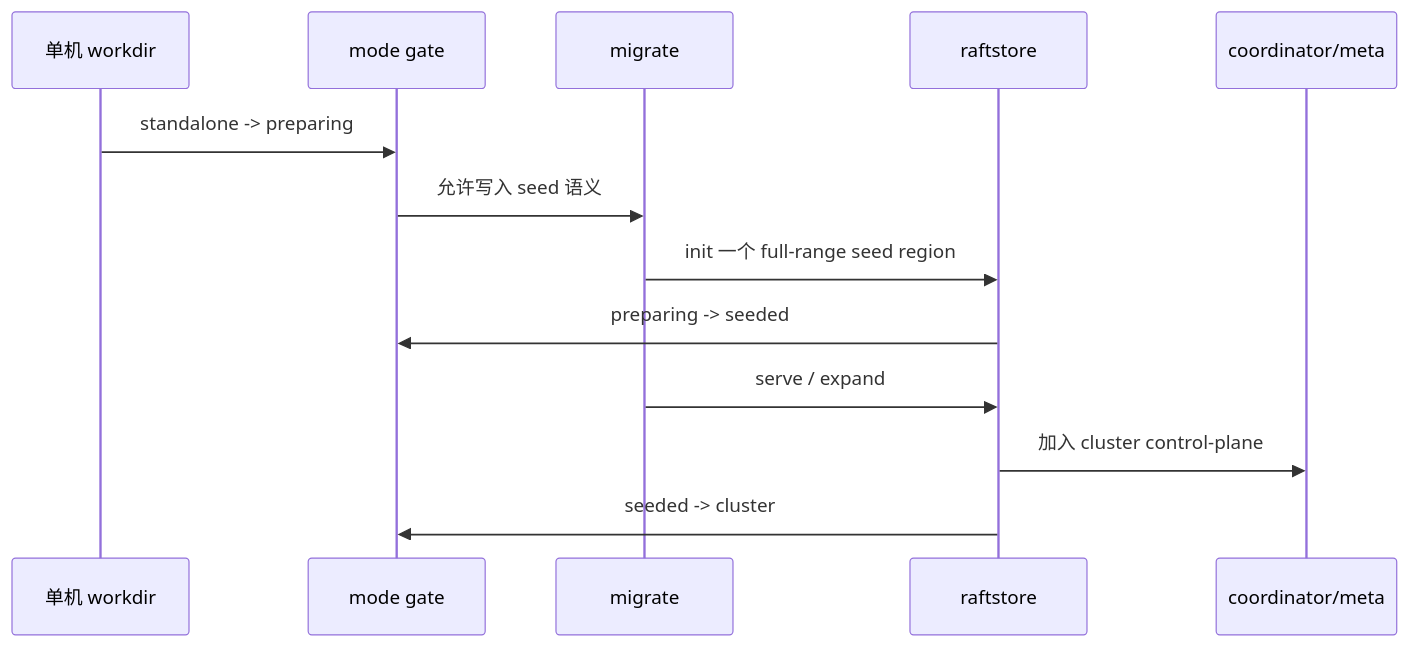
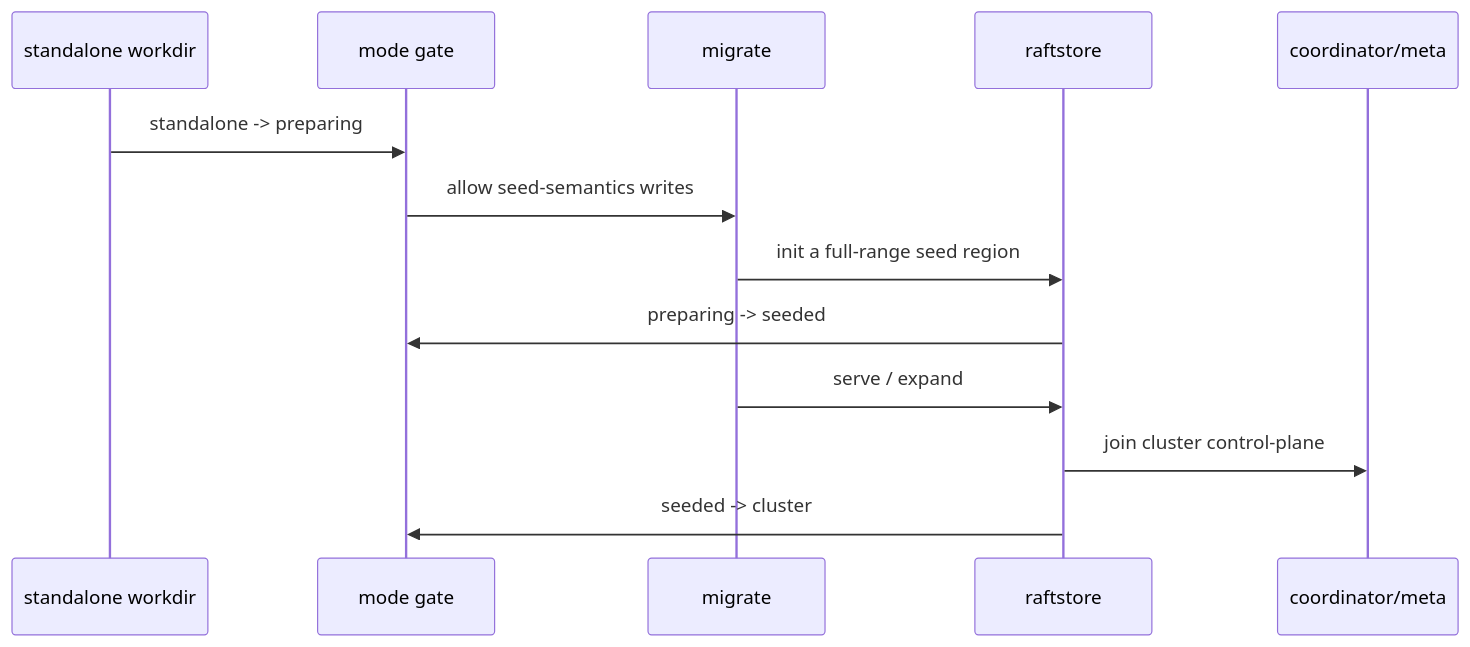
The second of 2 diagrams in docs/notes/2026-03-30-standalone-to-distributed-bridge.md (feichai0017/NoKV), drawn with Mermaid before and after one commit. The commit also changed other lines of this file and 23 other files, not shown here.

````diff
--- a/docs/notes/2026-03-30-standalone-to-distributed-bridge.md
+++ b/docs/notes/2026-03-30-standalone-to-distributed-bridge.md
@@ -125,16 +125,16 @@
 ```mermaid
 sequenceDiagram
-    participant DB as 单机 workdir
+    participant DB as standalone workdir
     participant MODE as mode gate
     participant MIG as migrate
     participant RS as raftstore
     participant Coordinator as coordinator/meta
 
     DB->>MODE: standalone -> preparing
-    MODE->>MIG: 允许写入 seed 语义
-    MIG->>RS: init 一个 full-range seed region
+    MODE->>MIG: allow seed-semantics writes
+    MIG->>RS: init a full-range seed region
     RS->>MODE: preparing -> seeded
     MIG->>RS: serve / expand
-    RS->>Coordinator: 加入 cluster control-plane
+    RS->>Coordinator: join cluster control-plane
     RS->>MODE: seeded -> cluster
 ```
````
